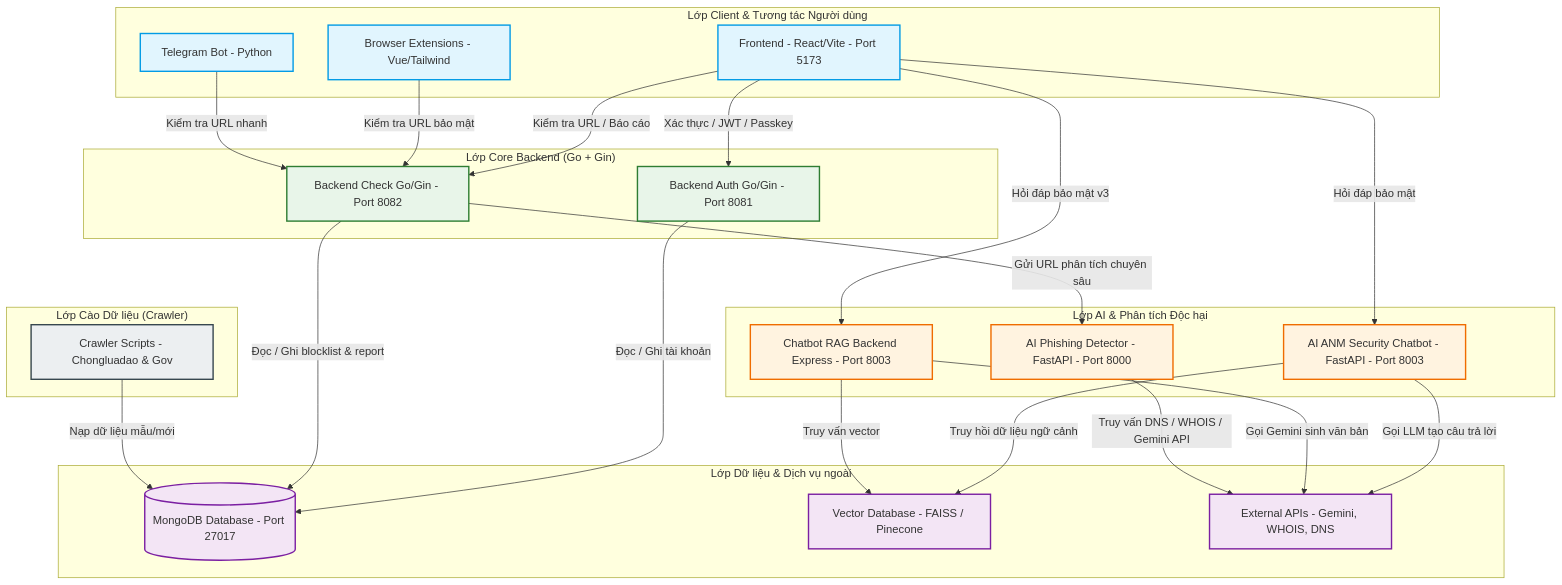
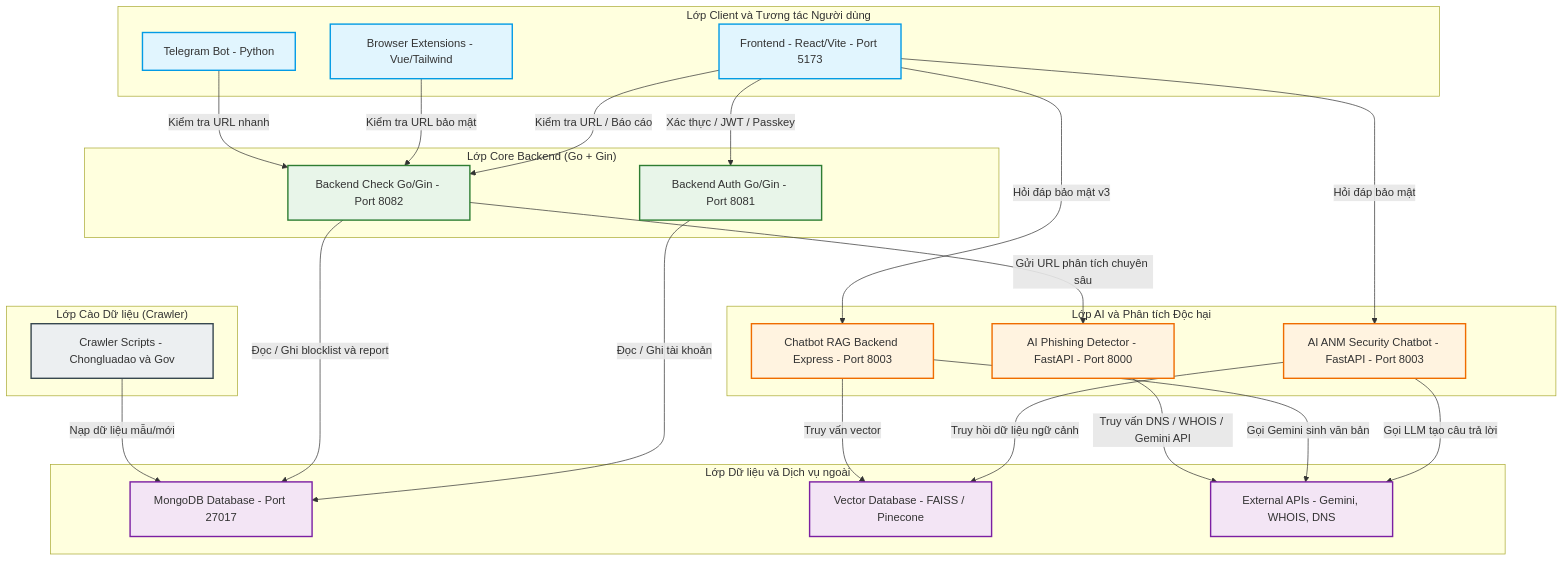
Before and after one commit to kimihubgit/user-privacy-protection-ecosystem: the first of 2 diagrams in project_overview.md, drawn with Mermaid. The commit also changed other lines of this file and 623 other files, not shown here.

````diff
--- a/project_overview.md
+++ b/project_overview.md
@@ -11,63 +11,63 @@
 ```mermaid
 graph TD
     classDef client fill:#e1f5fe,stroke:#039be5,stroke-width:2px;
     classDef core fill:#e8f5e9,stroke:#2e7d32,stroke-width:2px;
     classDef ai fill:#fff3e0,stroke:#ef6c00,stroke-width:2px;
     classDef db fill:#f3e5f5,stroke:#7b1fa2,stroke-width:2px;
     classDef tools fill:#eceff1,stroke:#37474f,stroke-width:2px;
 
     %% Client Layer
-    subgraph Clients ["Lớp Client & Tương tác Người dùng"]
+    subgraph Clients ["Lớp Client và Tương tác Người dùng"]
         FE["Frontend - React/Vite - Port 5173"]:::client
         EXT["Browser Extensions - Vue/Tailwind"]:::client
         TG["Telegram Bot - Python"]:::client
     end
 
     %% Gateway & Core Backend Layer
     subgraph CoreBackend ["Lớp Core Backend (Go + Gin)"]
         BE_AUTH["Backend Auth Go/Gin - Port 8081"]:::core
         BE_CHECK["Backend Check Go/Gin - Port 8082"]:::core
     end
 
     %% AI Services Layer
-    subgraph AIServices ["Lớp AI & Phân tích Độc hại"]
+    subgraph AIServices ["Lớp AI và Phân tích Độc hại"]
         AI_ANM["AI ANM Security Chatbot - FastAPI - Port 8003"]:::ai
         AI_PHISH["AI Phishing Detector - FastAPI - Port 8000"]:::ai
         CHAT_V3["Chatbot RAG Backend Express - Port 8003"]:::ai
     end
 
     %% Databases & External Services
-    subgraph DataServices ["Lớp Dữ liệu & Dịch vụ ngoài"]
-        MONGO[("MongoDB Database - Port 27017")]:::db
+    subgraph DataServices ["Lớp Dữ liệu và Dịch vụ ngoài"]
+        MONGO["MongoDB Database - Port 27017"]:::db
         VECTOR_DB["Vector Database - FAISS / Pinecone"]:::db
         EXT_APIS["External APIs - Gemini, WHOIS, DNS"]:::db
     end
 
     %% Tool & Pipeline
     subgraph CrawlPipelines ["Lớp Cào Dữ liệu (Crawler)"]
-        CRAWLER["Crawler Scripts - Chongluadao & Gov"]:::tools
+        CRAWLER["Crawler Scripts - Chongluadao và Gov"]:::tools
     end
 
     %% Relationships
     FE -->|Xác thực / JWT / Passkey| BE_AUTH
     FE -->|Kiểm tra URL / Báo cáo| BE_CHECK
     FE -->|Hỏi đáp bảo mật| AI_ANM
     FE -->|Hỏi đáp bảo mật v3| CHAT_V3
 
     EXT -->|Kiểm tra URL bảo mật| BE_CHECK
     TG -->|Kiểm tra URL nhanh| BE_CHECK
 
     BE_AUTH -->|Đọc / Ghi tài khoản| MONGO
-    BE_CHECK -->|Đọc / Ghi blocklist & report| MONGO
+    BE_CHECK -->|Đọc / Ghi blocklist và report| MONGO
     BE_CHECK -->|Gửi URL phân tích chuyên sâu| AI_PHISH
 
     AI_ANM -->|Truy hồi dữ liệu ngữ cảnh| VECTOR_DB
     AI_ANM -->|Gọi LLM tạo câu trả lời| EXT_APIS
     
     CHAT_V3 -->|Truy vấn vector| VECTOR_DB
     CHAT_V3 -->|Gọi Gemini sinh văn bản| EXT_APIS
 
     AI_PHISH -->|Truy vấn DNS / WHOIS / Gemini API| EXT_APIS
 
     CRAWLER -->|Nạp dữ liệu mẫu/mới| MONGO
 ```
````
